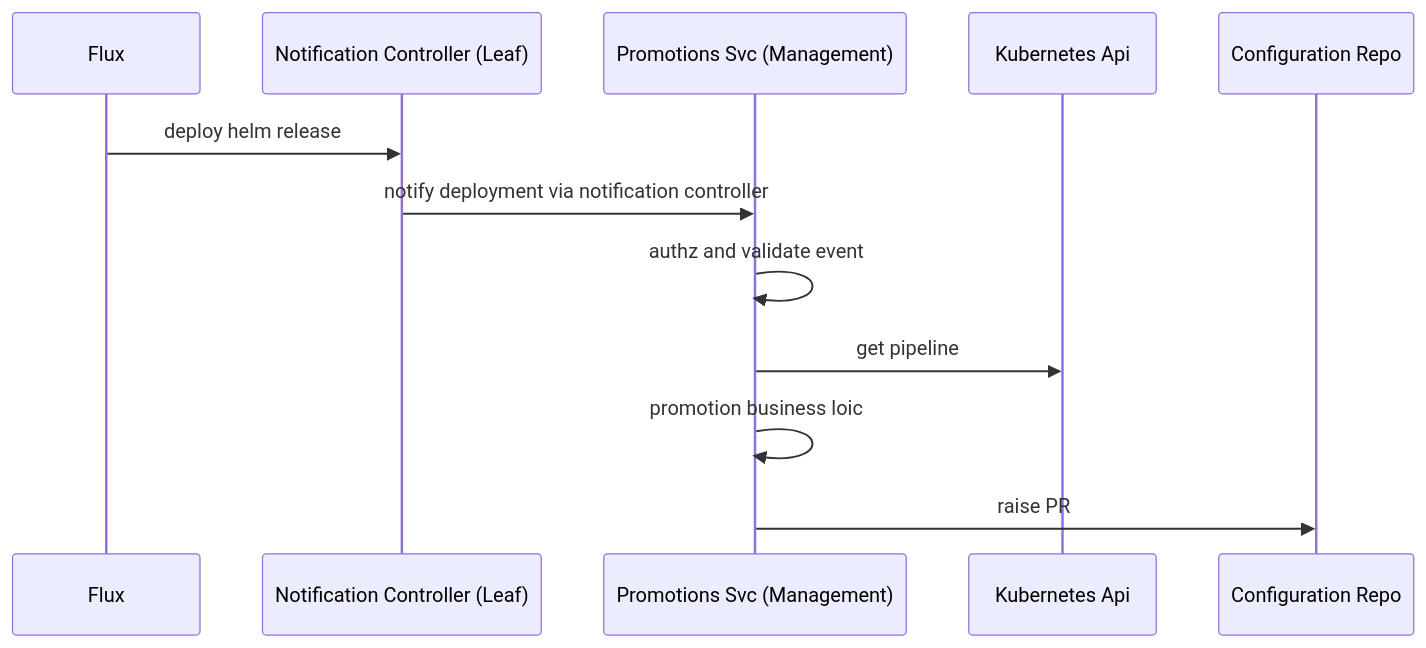
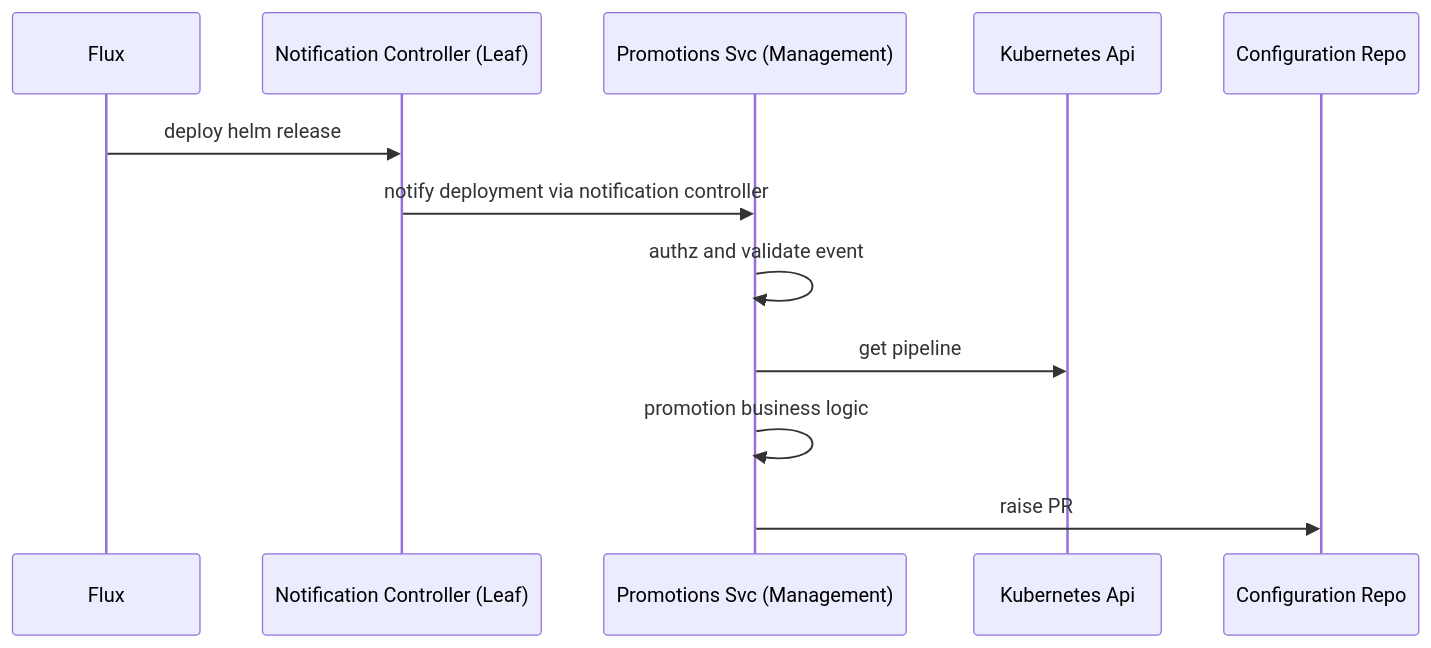
One commit to weaveworks/weave-gitops-private changed the fourth of 4 diagrams in docs/rfcs/0003-pipelines-promotion/README.md. Above: the diagram before and after it, drawn with Mermaid. The commit also changed other lines of this file, not shown here.

````diff
--- a/docs/rfcs/0003-pipelines-promotion/README.md
+++ b/docs/rfcs/0003-pipelines-promotion/README.md
@@ -228,15 +228,15 @@
 ```mermaid
    sequenceDiagram
     participant F as Flux
     participant LC as Notification Controller (Leaf)
     F->>LC: deploy helm release
     LC->>PS: notify deployment via notification controller    
     participant PS as Promotions Svc (Management)
     PS->>PS: authz and validate event
     participant k8s as Kubernetes Api
     PS->>k8s: get pipeline
-    PS->>PS: promotion business loic
+    PS->>PS: promotion business logic
     participant k8s as Kubernetes Api
     PS->>configRepo: raise PR
     participant configRepo as Configuration Repo
 ```
````
